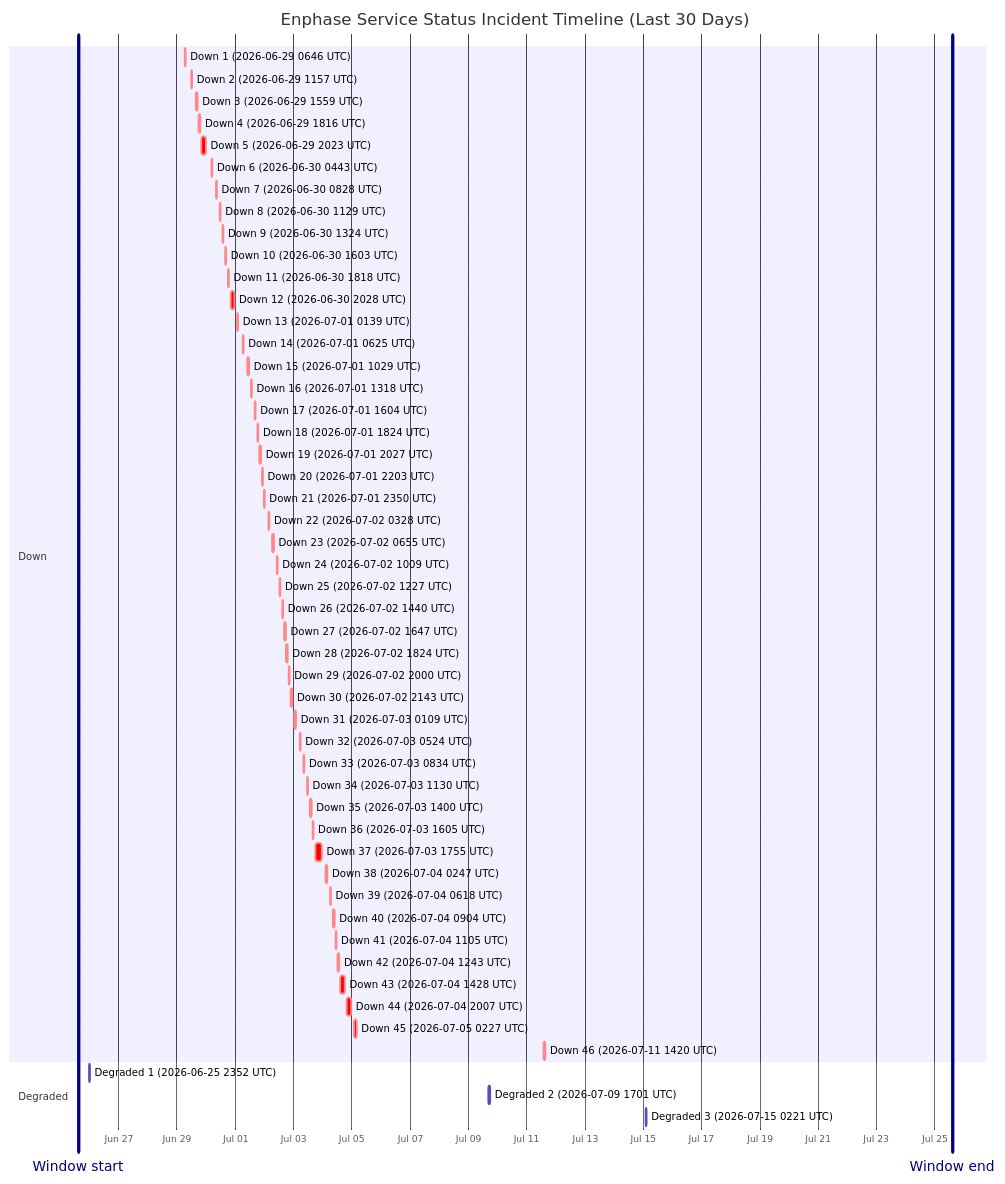
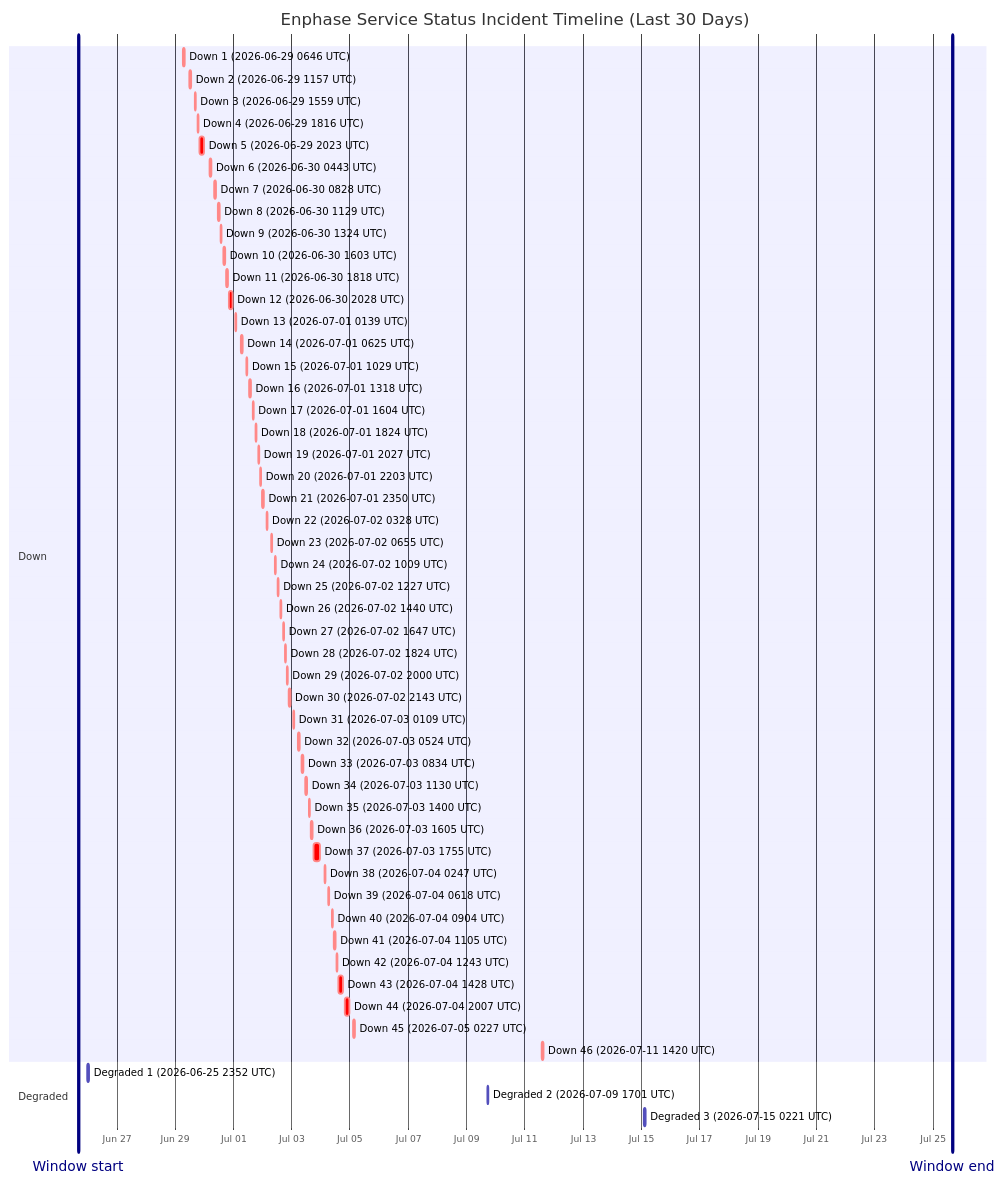
The diagram in wiki/Service-Status-History.md (barneyonline/ha-enphase-energy), drawn with Mermaid before and after one commit. The commit also changed other lines of this file and 3 other files, not shown here.

````diff
--- a/wiki/Service-Status-History.md
+++ b/wiki/Service-Status-History.md
@@ -14,59 +14,59 @@
 ```mermaid
 gantt
     title Enphase Service Status Incident Timeline (Last 30 Days)
     dateFormat  YYYY-MM-DDTHH:mm:ss
     axisFormat  %b %d
-    Window start :vert, window-start, 2026-06-25T14:46:17, 0ms
-    Window end :vert, window-end, 2026-07-25T14:46:17, 0ms
+    Window start :vert, window-start, 2026-06-25T16:02:34, 0ms
+    Window end :vert, window-end, 2026-07-25T16:02:34, 0ms
     section Down
     Down 1 (2026-06-29 0646 UTC) :crit, down-1, 2026-06-29T06:46:18, 60m
     Down 2 (2026-06-29 1157 UTC) :crit, down-2, 2026-06-29T11:57:36, 60m
     Down 3 (2026-06-29 1559 UTC) :crit, down-3, 2026-06-29T15:59:02, 60m
     Down 4 (2026-06-29 1816 UTC) :crit, down-4, 2026-06-29T18:16:38, 60m
     Down 5 (2026-06-29 2023 UTC) :crit, down-5, 2026-06-29T20:23:16, 220m
     Down 6 (2026-06-30 0443 UTC) :crit, down-6, 2026-06-30T04:43:54, 60m
     Down 7 (2026-06-30 0828 UTC) :crit, down-7, 2026-06-30T08:28:43, 60m
     Down 8 (2026-06-30 1129 UTC) :crit, down-8, 2026-06-30T11:29:15, 60m
     Down 9 (2026-06-30 1324 UTC) :crit, down-9, 2026-06-30T13:24:25, 60m
     Down 10 (2026-06-30 1603 UTC) :crit, down-10, 2026-06-30T16:03:26, 60m
     Down 11 (2026-06-30 1818 UTC) :crit, down-11, 2026-06-30T18:18:39, 60m
     Down 12 (2026-06-30 2028 UTC) :crit, down-12, 2026-06-30T20:28:54, 171m
     Down 13 (2026-07-01 0139 UTC) :crit, down-13, 2026-07-01T01:39:18, 60m
     Down 14 (2026-07-01 0625 UTC) :crit, down-14, 2026-07-01T06:25:35, 60m
     Down 15 (2026-07-01 1029 UTC) :crit, down-15, 2026-07-01T10:29:24, 60m
     Down 16 (2026-07-01 1318 UTC) :crit, down-16, 2026-07-01T13:18:31, 60m
     Down 17 (2026-07-01 1604 UTC) :crit, down-17, 2026-07-01T16:04:29, 60m
     Down 18 (2026-07-01 1824 UTC) :crit, down-18, 2026-07-01T18:24:21, 60m
     Down 19 (2026-07-01 2027 UTC) :crit, down-19, 2026-07-01T20:27:17, 60m
     Down 20 (2026-07-01 2203 UTC) :crit, down-20, 2026-07-01T22:03:46, 60m
     Down 21 (2026-07-01 2350 UTC) :crit, down-21, 2026-07-01T23:50:52, 60m
     Down 22 (2026-07-02 0328 UTC) :crit, down-22, 2026-07-02T03:28:33, 60m
     Down 23 (2026-07-02 0655 UTC) :crit, down-23, 2026-07-02T06:55:07, 60m
     Down 24 (2026-07-02 1009 UTC) :crit, down-24, 2026-07-02T10:09:15, 60m
     Down 25 (2026-07-02 1227 UTC) :crit, down-25, 2026-07-02T12:27:49, 60m
     Down 26 (2026-07-02 1440 UTC) :crit, down-26, 2026-07-02T14:40:53, 60m
     Down 27 (2026-07-02 1647 UTC) :crit, down-27, 2026-07-02T16:47:47, 60m
     Down 28 (2026-07-02 1824 UTC) :crit, down-28, 2026-07-02T18:24:26, 60m
     Down 29 (2026-07-02 2000 UTC) :crit, down-29, 2026-07-02T20:00:57, 60m
     Down 30 (2026-07-02 2143 UTC) :crit, down-30, 2026-07-02T21:43:52, 80m
     Down 31 (2026-07-03 0109 UTC) :crit, down-31, 2026-07-03T01:09:19, 60m
     Down 32 (2026-07-03 0524 UTC) :crit, down-32, 2026-07-03T05:24:23, 60m
     Down 33 (2026-07-03 0834 UTC) :crit, down-33, 2026-07-03T08:34:05, 60m
     Down 34 (2026-07-03 1130 UTC) :crit, down-34, 2026-07-03T11:30:41, 60m
     Down 35 (2026-07-03 1400 UTC) :crit, down-35, 2026-07-03T14:00:48, 60m
     Down 36 (2026-07-03 1605 UTC) :crit, down-36, 2026-07-03T16:05:49, 60m
     Down 37 (2026-07-03 1755 UTC) :crit, down-37, 2026-07-03T17:55:54, 338m
     Down 38 (2026-07-04 0247 UTC) :crit, down-38, 2026-07-04T02:47:22, 60m
     Down 39 (2026-07-04 0618 UTC) :crit, down-39, 2026-07-04T06:18:09, 60m
     Down 40 (2026-07-04 0904 UTC) :crit, down-40, 2026-07-04T09:04:41, 60m
     Down 41 (2026-07-04 1105 UTC) :crit, down-41, 2026-07-04T11:05:21, 60m
     Down 42 (2026-07-04 1243 UTC) :crit, down-42, 2026-07-04T12:43:25, 60m
     Down 43 (2026-07-04 1428 UTC) :crit, down-43, 2026-07-04T14:28:07, 243m
     Down 44 (2026-07-04 2007 UTC) :crit, down-44, 2026-07-04T20:07:50, 206m
     Down 45 (2026-07-05 0227 UTC) :crit, down-45, 2026-07-05T02:27:32, 109m
     Down 46 (2026-07-11 1420 UTC) :crit, down-46, 2026-07-11T14:20:54, 69m
     section Degraded
     Degraded 1 (2026-06-25 2352 UTC) :active, degraded-1, 2026-06-25T23:52:01, 60m
     Degraded 2 (2026-07-09 1701 UTC) :active, degraded-2, 2026-07-09T17:01:02, 60m
     Degraded 3 (2026-07-15 0221 UTC) :active, degraded-3, 2026-07-15T02:21:35, 60m
 ```
````
